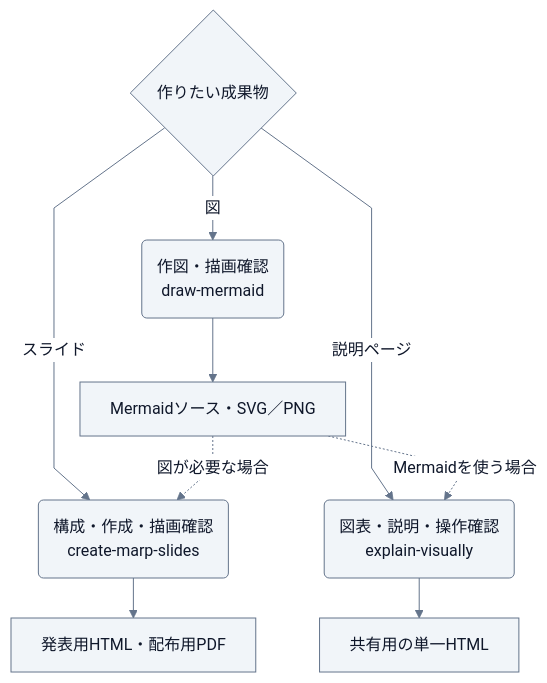
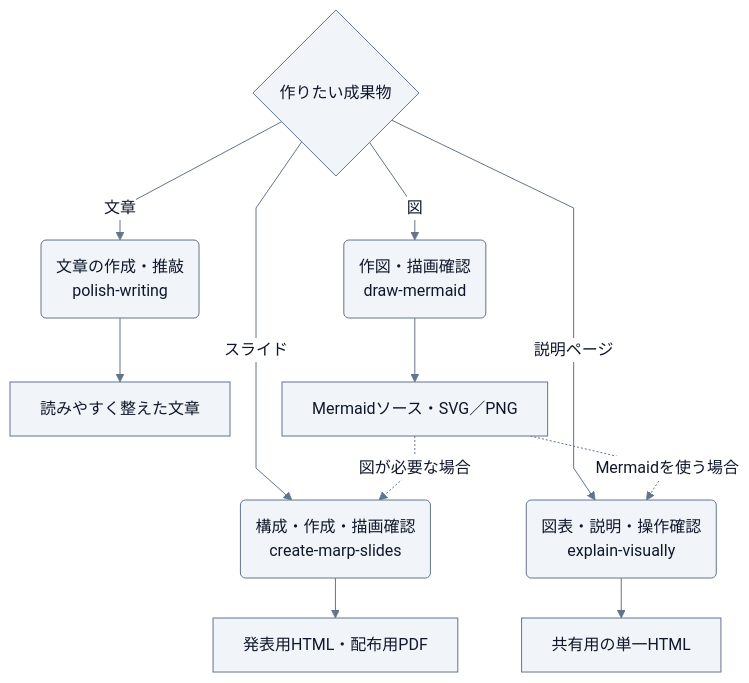
The diagram in plugins/sketch/README.md (Wataru-Toriumi/agent-skills), drawn with Mermaid before and after one commit. The commit also changed other lines of this file and 6 other files, not shown here.

````diff
--- a/plugins/sketch/README.md
+++ b/plugins/sketch/README.md
@@ -17,32 +19,34 @@
 ```mermaid
 ---
 config:
   theme: base
   look: classic
   fontFamily: sans-serif
   themeVariables:
     primaryColor: "#F1F5F9"
     primaryTextColor: "#0F172A"
     primaryBorderColor: "#64748B"
     lineColor: "#64748B"
     tertiaryColor: "#F8FAFC"
     clusterBkg: "#F8FAFC"
     clusterBorder: "#CBD5E1"
     edgeLabelBackground: "#FFFFFF"
   flowchart:
     wrappingWidth: 300
     curve: linear
     nodeSpacing: 32
     rankSpacing: 40
 ---
 flowchart TD
     purpose{"作りたい成果物"}
+    purpose -->|文章| writing("文章の作成・推敲<br/>polish-writing")
     purpose -->|図| diagram("作図・描画確認<br/>draw-mermaid")
     purpose -->|スライド| slides("構成・作成・描画確認<br/>create-marp-slides")
     purpose -->|説明ページ| explain("図表・説明・操作確認<br/>explain-visually")
+    writing --> prose["読みやすく整えた文章"]
     diagram --> rendered["Mermaidソース・SVG／PNG"]
     rendered -. 図が必要な場合 .-> slides
     rendered -. Mermaidを使う場合 .-> explain
     slides --> output["発表用HTML・配布用PDF"]
     explain --> page["共有用の単一HTML"]
 ```
````
